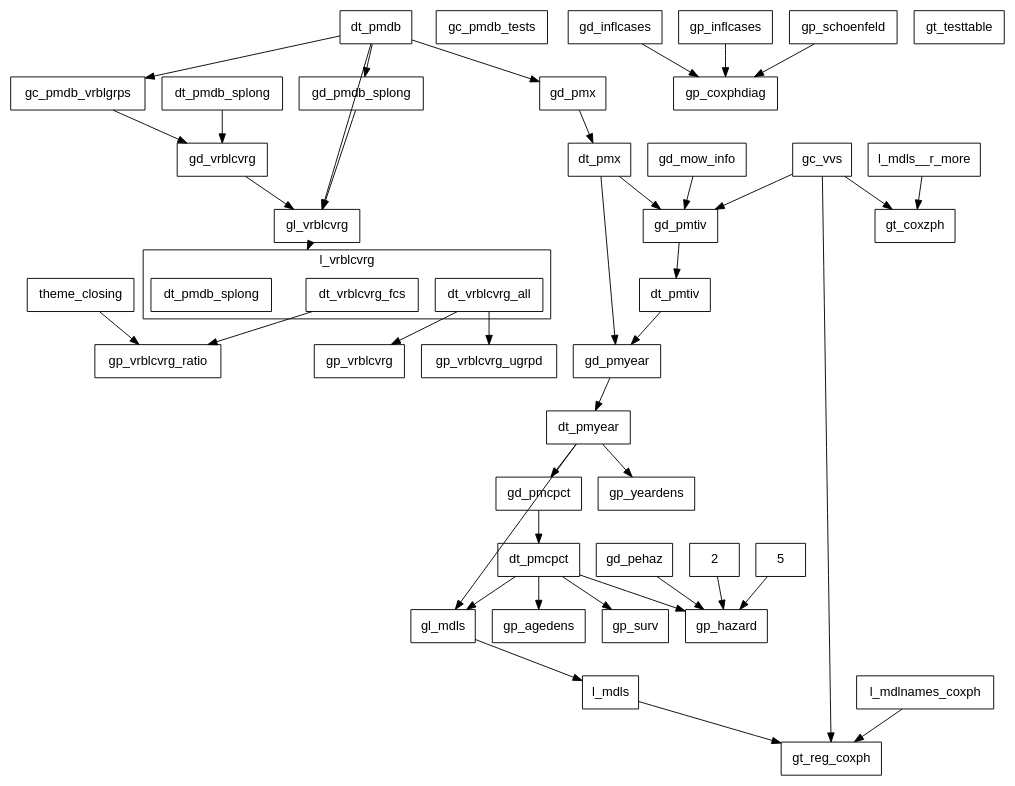
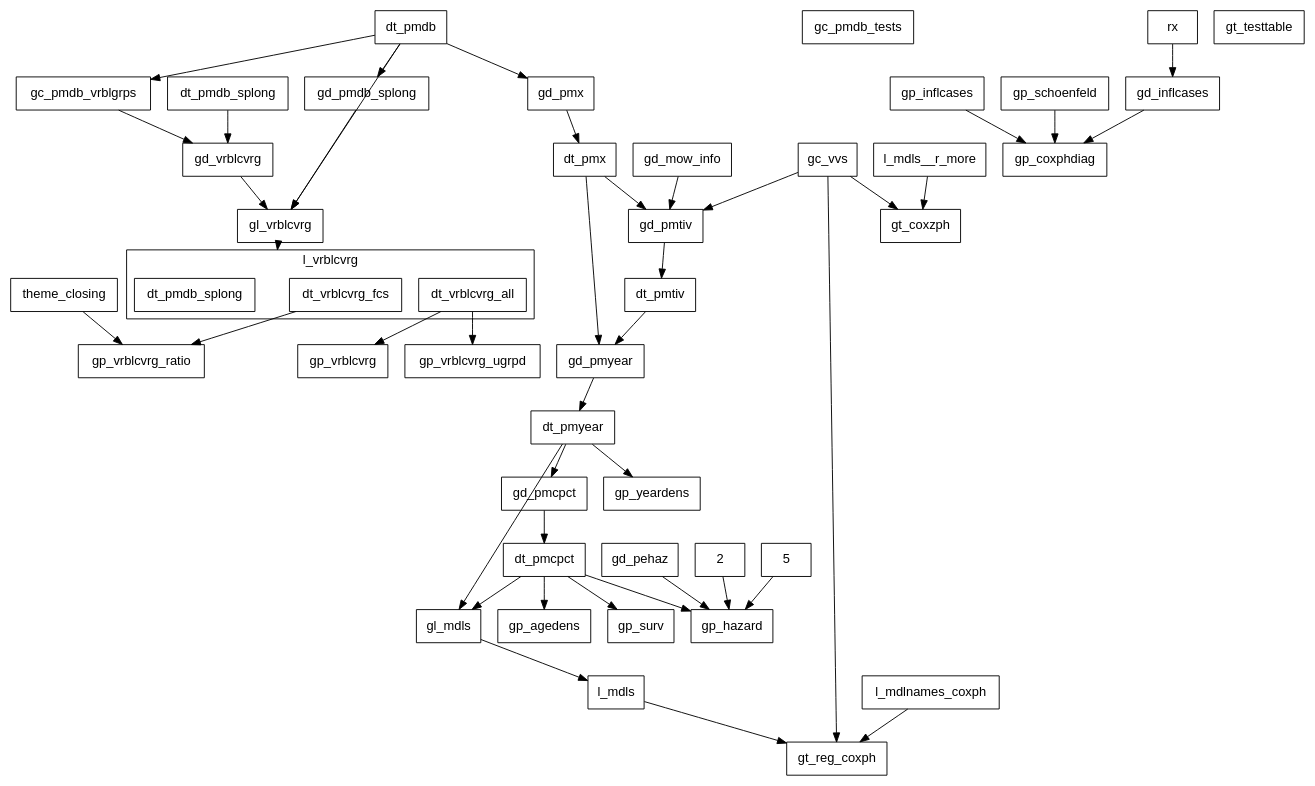
Before and after one commit to swhalemwo/pm_closing: the diagram in misc/callgraph2.dot, drawn with Graphviz. The commit also changed 1 other file, not shown here.

Commit message:
gt_reg_coxph now also in callgraph (seems to be fluctuating tho..)

```diff
--- a/misc/callgraph2.dot
+++ b/misc/callgraph2.dot
@@ -1,93 +1,95 @@
 digraph D {
  compound = true;
  splines = false; fontname=helvetica;
  node [shape=box, fontsize = 14, fontname=helvetica];
  edge [style = solid];
  
  subgraph cluster_l_vrblcvrg {
  label = "l_vrblcvrg";
  l_vrblcvrg__dt_vrblcvrg_all [label=dt_vrblcvrg_all]; 
 l_vrblcvrg__dt_vrblcvrg_fcs [label=dt_vrblcvrg_fcs]; 
 l_vrblcvrg [label = "", color=transparent, width=0, height=0]; 
 l_vrblcvrg__dt_pmdb_splong [label=dt_pmdb_splong] 
 } 
  gc_pmdb_tests; 
 gc_pmdb_vrblgrps; 
 gc_vvs; 
 gd_inflcases; 
 gd_mow_info; 
 gd_pehaz; 
 gd_pmcpct; 
 gd_pmdb_splong; 
 gd_pmtiv; 
 gd_pmx; 
 gd_pmyear; 
 gd_vrblcvrg; 
 gl_mdls; 
 gl_vrblcvrg; 
 gp_agedens; 
 gp_coxphdiag; 
 gp_hazard; 
 gp_inflcases; 
 gp_schoenfeld; 
 gp_surv; 
 gp_vrblcvrg; 
 gp_vrblcvrg_ratio; 
 gp_vrblcvrg_ugrpd; 
 gp_yeardens; 
 gt_coxzph; 
 gt_reg_coxph; 
 gt_testtable; 
 theme_closing; 
 dt_pmdb; 
 dt_pmdb_splong; 
 dt_pmx; 
 dt_pmtiv; 
 dt_pmyear; 
 dt_pmcpct; 
 2; 
 5; 
 l_mdls__r_more; 
 l_mdls; 
-l_mdlnames_coxph 
+l_mdlnames_coxph; 
+rx 
  2 -> gp_hazard; 
 5 -> gp_hazard; 
 dt_pmcpct -> gl_mdls; 
 dt_pmcpct -> gp_agedens; 
 dt_pmcpct -> gp_hazard; 
 dt_pmcpct -> gp_surv; 
 dt_pmdb -> gc_pmdb_vrblgrps; 
 dt_pmdb -> gd_pmdb_splong; 
 dt_pmdb -> gd_pmx; 
 dt_pmdb -> gl_vrblcvrg; 
 dt_pmdb_splong -> gd_vrblcvrg; 
 dt_pmtiv -> gd_pmyear; 
 dt_pmx -> gd_pmtiv; 
 dt_pmx -> gd_pmyear; 
 dt_pmyear -> gd_pmcpct; 
 dt_pmyear -> gl_mdls; 
 dt_pmyear -> gp_yeardens; 
 gc_pmdb_vrblgrps -> gd_vrblcvrg; 
 gc_vvs -> gd_pmtiv; 
 gc_vvs -> gt_coxzph; 
 gc_vvs -> gt_reg_coxph; 
 gd_inflcases -> gp_coxphdiag; 
 gd_mow_info -> gd_pmtiv; 
 gd_pehaz -> gp_hazard; 
 gd_pmcpct -> dt_pmcpct; 
 gd_pmdb_splong -> gl_vrblcvrg; 
 gd_pmtiv -> dt_pmtiv; 
 gd_pmx -> dt_pmx; 
 gd_pmyear -> dt_pmyear; 
 gd_vrblcvrg -> gl_vrblcvrg; 
 gl_mdls -> l_mdls; 
 gl_vrblcvrg -> l_vrblcvrg[lhead=cluster_l_vrblcvrg,ltail=gl_vrblcvrg]; 
 gp_inflcases -> gp_coxphdiag; 
 gp_schoenfeld -> gp_coxphdiag; 
 l_mdlnames_coxph -> gt_reg_coxph; 
 l_mdls -> gt_reg_coxph; 
 l_mdls__r_more -> gt_coxzph; 
 l_vrblcvrg__dt_vrblcvrg_all -> gp_vrblcvrg; 
 l_vrblcvrg__dt_vrblcvrg_all -> gp_vrblcvrg_ugrpd; 
 l_vrblcvrg__dt_vrblcvrg_fcs -> gp_vrblcvrg_ratio; 
+rx -> gd_inflcases; 
 theme_closing -> gp_vrblcvrg_ratio }
```
